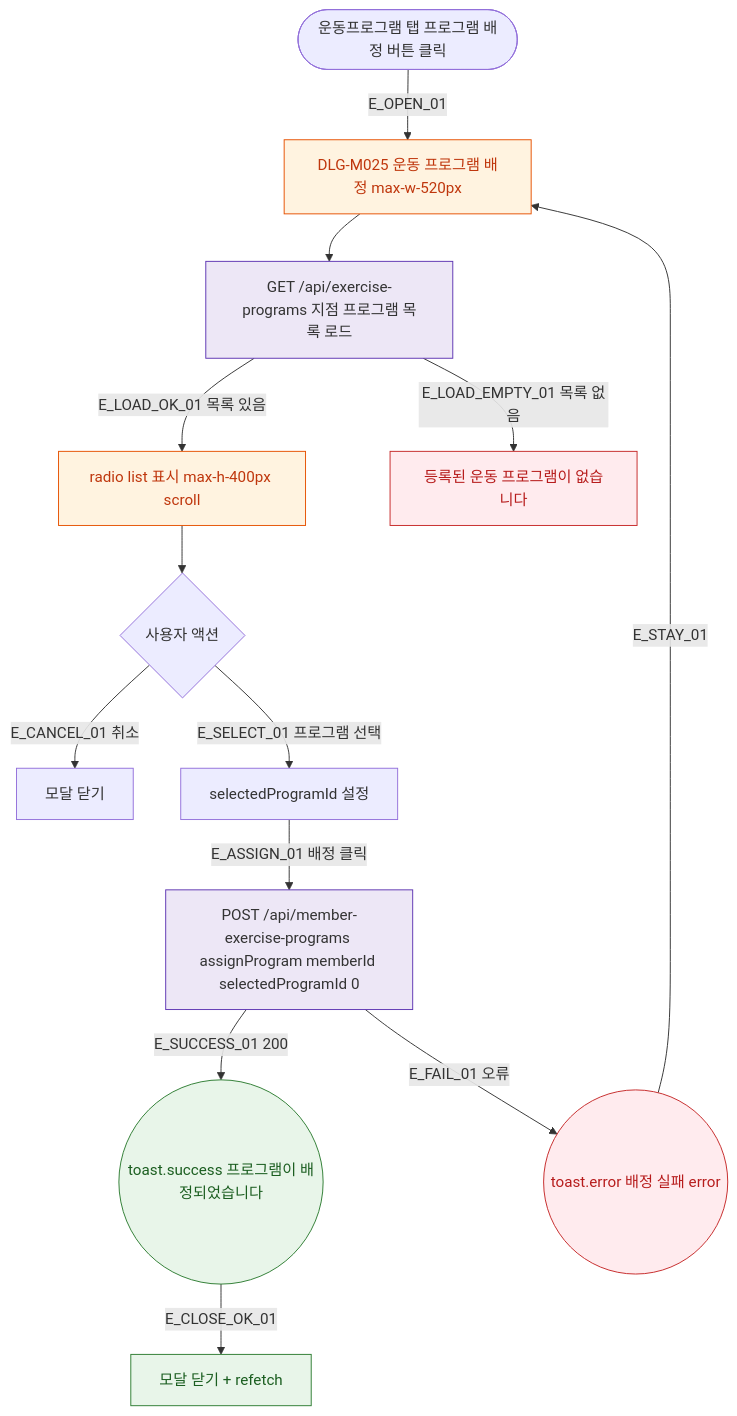
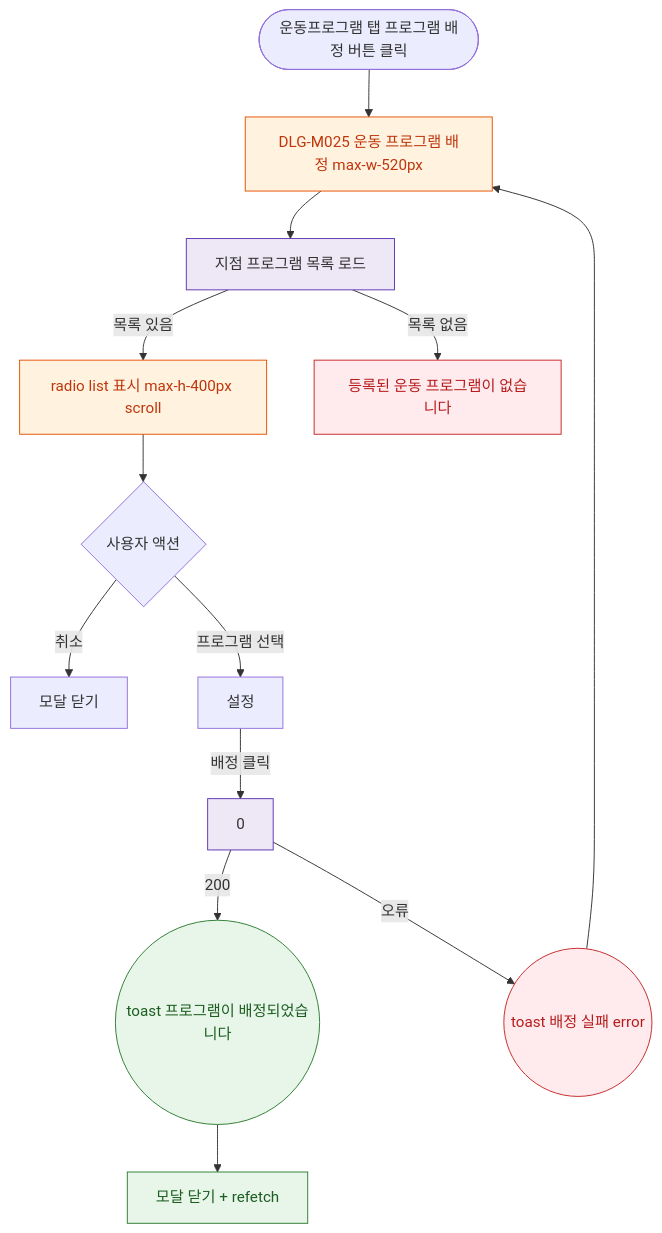
The diagram in docs/다이어그램/D02_회원관리/DLG/DLG-M025_운동프로그램배정/M1_생명주기.md (dev-spogym/admin-pando), drawn with Mermaid before and after one commit. The commit also changed other lines of this file and 1660 other files, not shown here.

First line of the commit message:
다이어그램: 기획자/클라이언트 납품본으로 정리

````diff
--- a/docs/다이어그램/D02_회원관리/DLG/DLG-M025_운동프로그램배정/M1_생명주기.md
+++ b/docs/다이어그램/D02_회원관리/DLG/DLG-M025_운동프로그램배정/M1_생명주기.md
@@ -22,32 +20,32 @@
 ```mermaid
 flowchart TD
   TRIGGER([운동프로그램 탭 프로그램 배정 버튼 클릭])
 
-  TRIGGER -->|E_OPEN_01| DLG_OPEN[DLG-M025 운동 프로그램 배정 max-w-520px]
-  DLG_OPEN --> LOAD[GET /api/exercise-programs 지점 프로그램 목록 로드]
+  TRIGGER --> DLG_OPEN[DLG-M025 운동 프로그램 배정 max-w-520px]
+  DLG_OPEN --> LOAD[지점 프로그램 목록 로드]
 
-  LOAD -->|E_LOAD_OK_01 목록 있음| LIST[radio list 표시 max-h-400px scroll]
-  LOAD -->|E_LOAD_EMPTY_01 목록 없음| EMPTY[등록된 운동 프로그램이 없습니다]
+  LOAD -->|목록 있음|LIST[radio list 표시 max-h-400px scroll]
+  LOAD -->|목록 없음|EMPTY[등록된 운동 프로그램이 없습니다]
 
   LIST --> USER_ACT{사용자 액션}
 
-  USER_ACT -->|E_CANCEL_01 취소| CLOSE[모달 닫기]
-  USER_ACT -->|E_SELECT_01 프로그램 선택| SELECTED[selectedProgramId 설정]
-  SELECTED -->|E_ASSIGN_01 배정 클릭| API_CALL[POST /api/member-exercise-programs assignProgram memberId selectedProgramId 0]
+  USER_ACT -->|취소|CLOSE[모달 닫기]
+  USER_ACT -->|프로그램 선택|SELECTED[설정]
+  SELECTED -->|배정 클릭|API_CALL[0]
 
-  API_CALL -->|E_SUCCESS_01 200| TOAST_OK((toast.success 프로그램이 배정되었습니다))
-  TOAST_OK -->|E_CLOSE_OK_01| POST_OK[모달 닫기 + refetch]
+  API_CALL -->|200|TOAST_OK((toast 프로그램이 배정되었습니다))
+  TOAST_OK --> POST_OK[모달 닫기 + refetch]
 
-  API_CALL -->|E_FAIL_01 오류| TOAST_ERR((toast.error 배정 실패 error))
-  TOAST_ERR -->|E_STAY_01| DLG_OPEN
+  API_CALL -->|오류|TOAST_ERR((toast 배정 실패 error))
+  TOAST_ERR --> DLG_OPEN
 
-  classDef modal   fill:#FFF3E0,stroke:#E65100,color:#BF360C
+  classDef modal fill:#FFF3E0,stroke:#E65100,color:#BF360C
   classDef success fill:#E8F5E9,stroke:#2E7D32,color:#1B5E20
-  classDef error   fill:#FFEBEE,stroke:#C62828,color:#B71C1C
-  classDef system  fill:#EDE7F6,stroke:#5E35B2
+  classDef error fill:#FFEBEE,stroke:#C62828,color:#B71C1C
+  classDef system fill:#EDE7F6,stroke:#5E35B2
 
   class DLG_OPEN,LIST modal
   class TOAST_OK,POST_OK success
   class EMPTY,TOAST_ERR error
   class LOAD,API_CALL system
 ```
````
